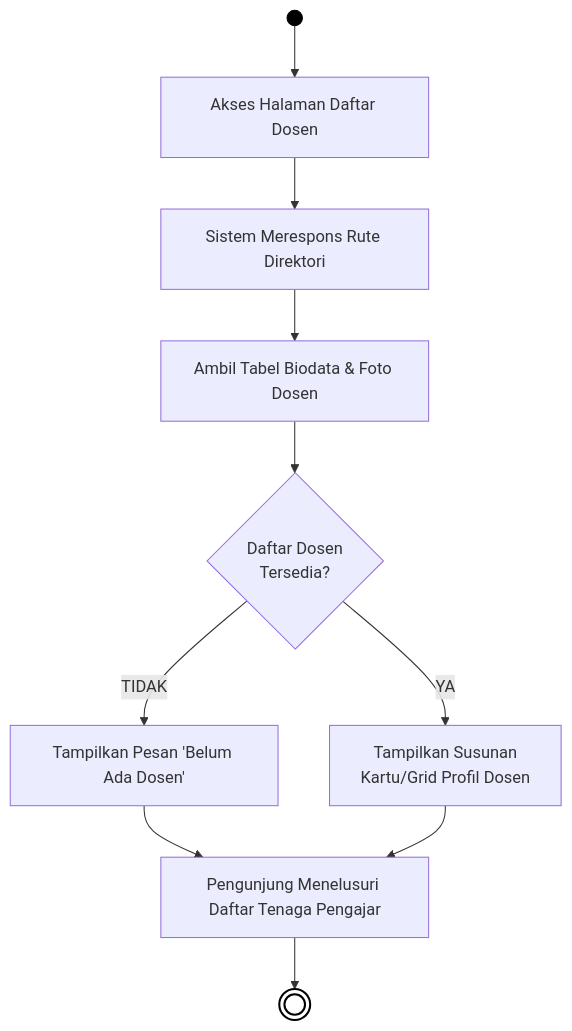
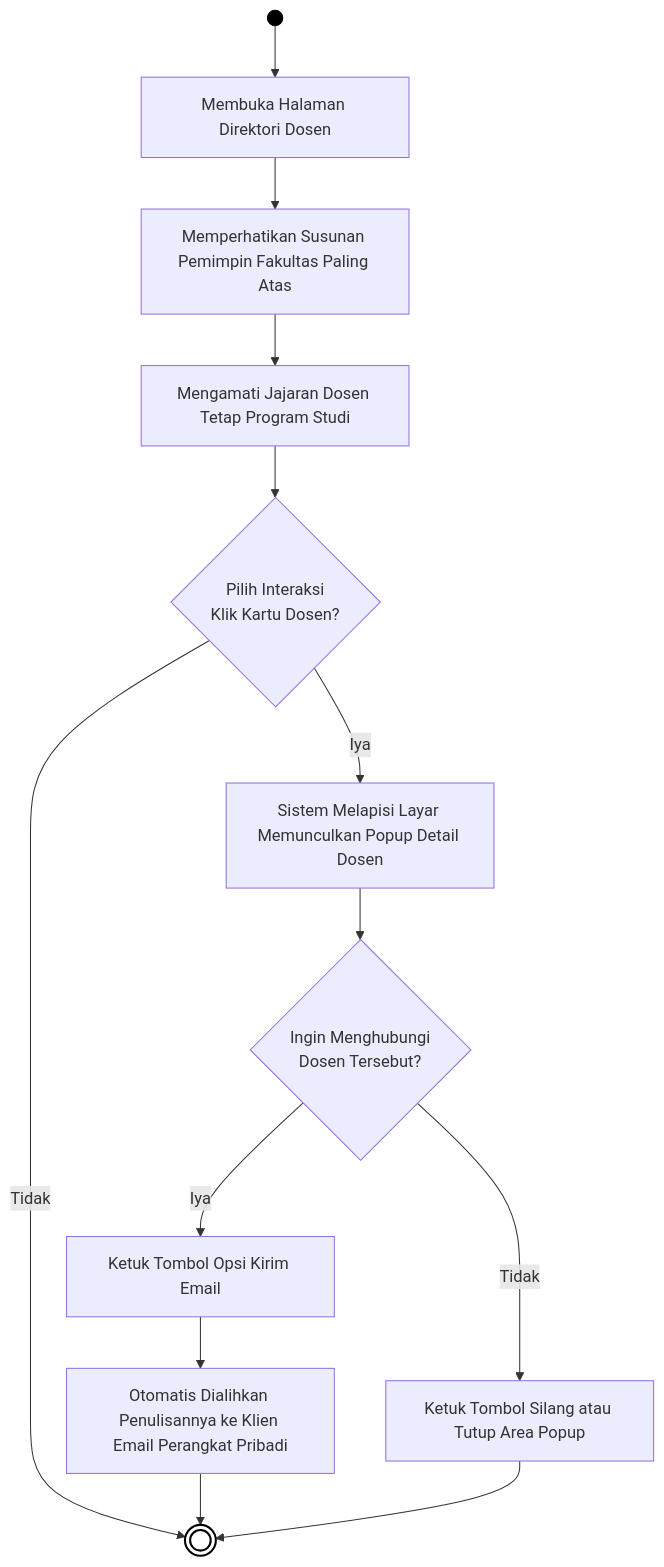
The fourth of 6 diagrams in docs/01B_DIAGRAM_AKTIVITAS_PUBLIK.md (arbain-dev/Web_fikom), drawn with Mermaid before and after one commit. The commit also changed other lines of this file, not shown here.

Commit message:
docs: overhaul diagram aktivitas publik menjadi flowchart interaktif UX nyata

````diff
--- a/docs/01B_DIAGRAM_AKTIVITAS_PUBLIK.md
+++ b/docs/01B_DIAGRAM_AKTIVITAS_PUBLIK.md
@@ -96,19 +112,24 @@
 ```mermaid
 flowchart TD
-    Start(( )) --> A[Akses Halaman Daftar Dosen]
+    Start(( )) --> A[Membuka Halaman Direktori Dosen]
     
-    A --> B[Sistem Merespons Rute Direktori]
-    B --> C[Ambil Tabel Biodata & Foto Dosen]
-    C --> D{Daftar Dosen\nTersedia?}
+    A --> B[Memperhatikan Susunan Pemimpin Fakultas Paling Atas]
+    B --> C[Mengamati Jajaran Dosen Tetap Program Studi]
     
-    D -- TIDAK --> E[Tampilkan Pesan 'Belum Ada Dosen']
-    E --> G
+    C --> D{Pilih Interaksi\nKlik Kartu Dosen?}
+    D -- Tidak --> End((( )))
     
-    D -- YA --> F[Tampilkan Susunan\nKartu/Grid Profil Dosen]
-    F --> G
+    D -- Iya --> E[Sistem Melapisi Layar Memunculkan Popup Detail Dosen]
     
-    G[Pengunjung Menelusuri Daftar Tenaga Pengajar] --> End((( )))
+    E --> F{Ingin Menghubungi\nDosen Tersebut?}
+    
+    F -- Iya --> G[Ketuk Tombol Opsi Kirim Email]
+    G --> H[Otomatis Dialihkan Penulisannya ke Klien Email Perangkat Pribadi]
+    H --> End
+    
+    F -- Tidak --> I[Ketuk Tombol Silang atau Tutup Area Popup]
+    I --> End
     
     style Start fill:#000,stroke:#000,color:#000
     style End fill:#fff,stroke:#000,stroke-width:2px
 ```
````
